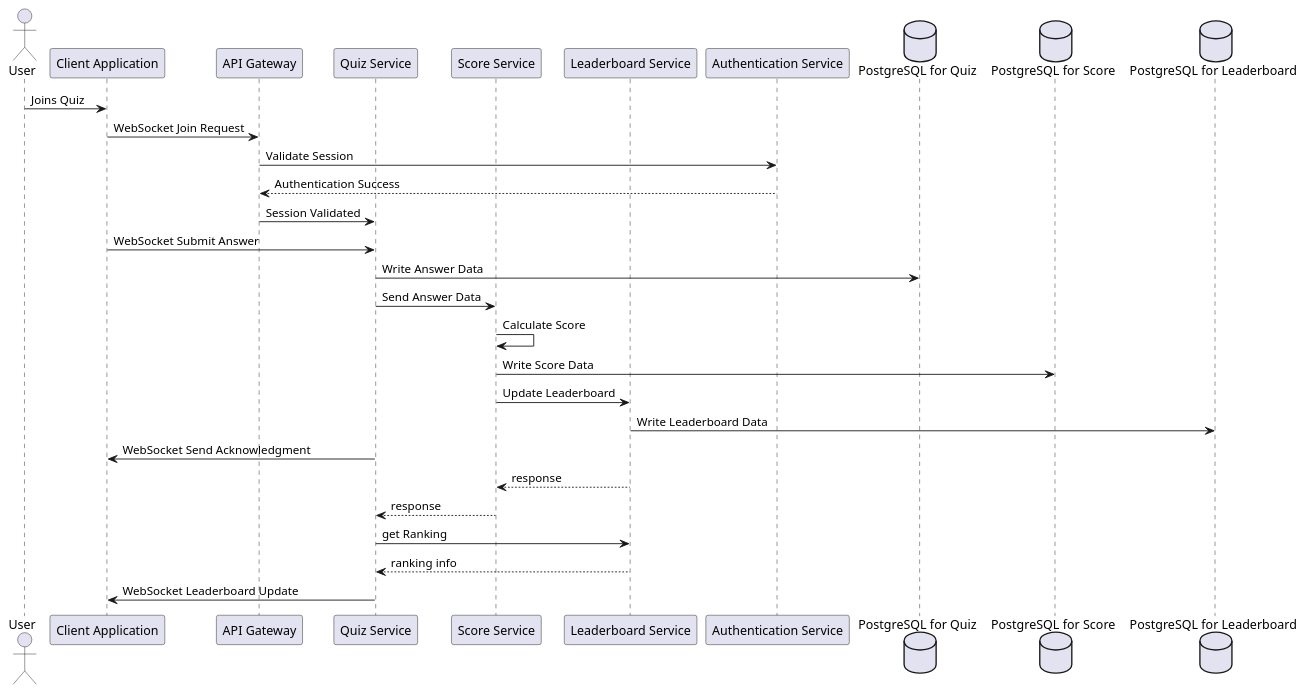
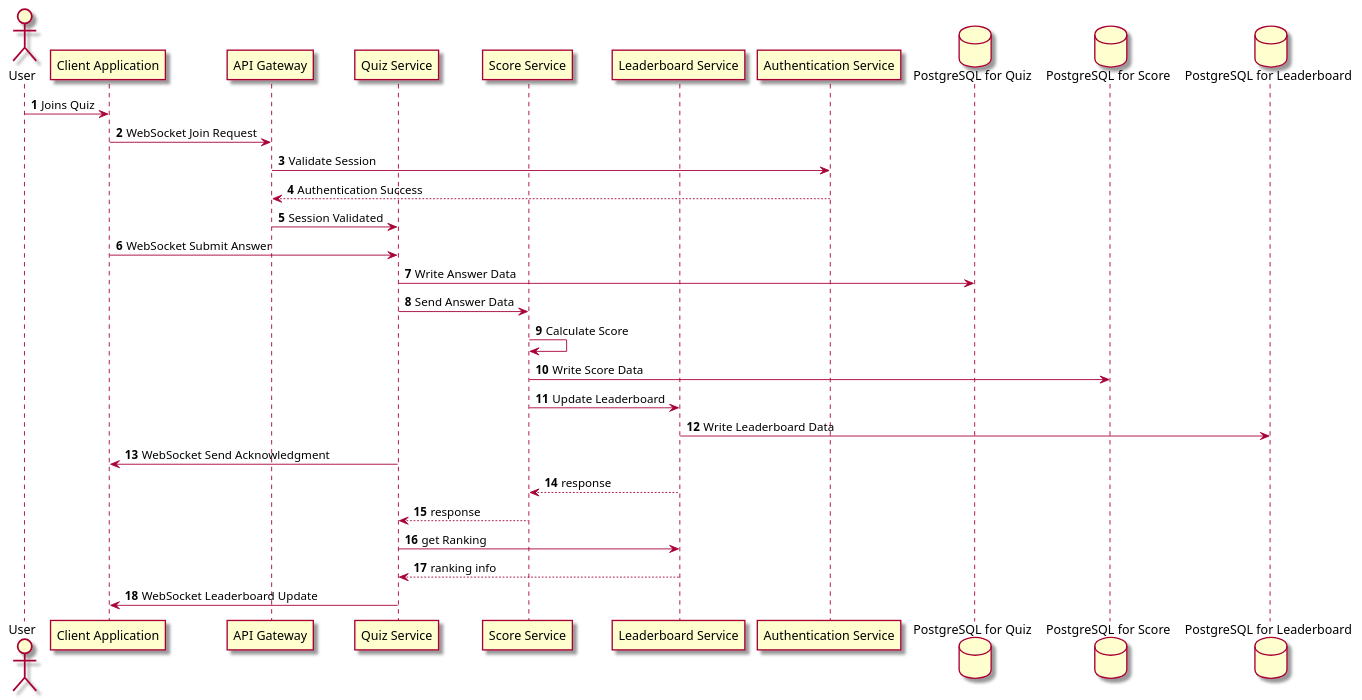
Before and after one commit to huynhvanhoang/english-quiz: the diagram in doc/diagrams/detail sequence diagram.puml, drawn with PlantUML. The commit also changed 3 other files, not shown here.

```diff
--- a/doc/diagrams/detail sequence diagram.puml
+++ b/doc/diagrams/detail sequence diagram.puml
@@ -1,37 +1,39 @@
 @startuml
+skin rose
 actor User
+autonumber
 participant "Client Application" as Client
 participant "API Gateway" as Gateway
 participant "Quiz Service" as QuizService
 participant "Score Service" as ScoreService
 participant "Leaderboard Service" as LeaderboardService
 participant "Authentication Service" as AuthService
 
 database "PostgreSQL for Quiz" as PostgresQuiz
 database "PostgreSQL for Score" as PostgresScore
 database "PostgreSQL for Leaderboard" as PostgresLeaderboard
 
 User -> Client: Joins Quiz
 Client -> Gateway: WebSocket Join Request
 Gateway -> AuthService: Validate Session
 AuthService --> Gateway: Authentication Success
 Gateway -> QuizService: Session Validated
 
 Client -> QuizService: WebSocket Submit Answer
 QuizService -> PostgresQuiz: Write Answer Data
 QuizService -> ScoreService: Send Answer Data
 
 ScoreService -> ScoreService: Calculate Score
 ScoreService -> PostgresScore: Write Score Data
 ScoreService -> LeaderboardService: Update Leaderboard
 
 LeaderboardService -> PostgresLeaderboard: Write Leaderboard Data
 
 QuizService -> Client: WebSocket Send Acknowledgment
 LeaderboardService --> ScoreService: response
 ScoreService --> QuizService: response
 QuizService -> LeaderboardService: get Ranking
 LeaderboardService --> QuizService: ranking info
 QuizService -> Client: WebSocket Leaderboard Update
 
 @enduml
```
